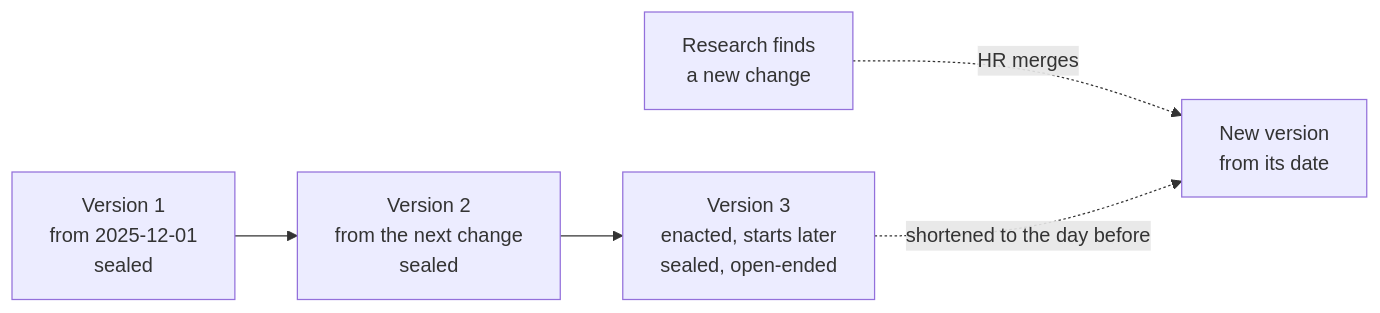
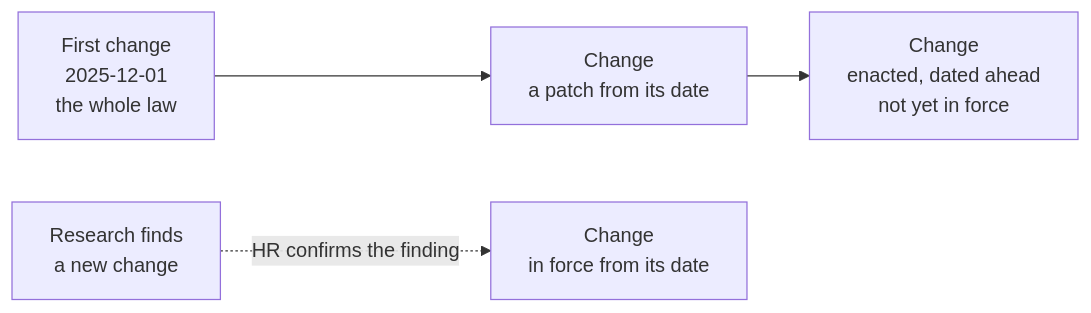
The second of 4 diagrams in hrms/docs/0001-hrms-calculation-architecture.md (norbital-ai/templates), drawn with Mermaid before and after one commit. The commit also changed other lines of this file and 889 other files, not shown here.

First line of the commit message:
HRMS: the law is dated changes, edited in place (RFC 0011 steps 1 and 2); Bolt 0.0.40

````diff
--- a/hrms/docs/0001-hrms-calculation-architecture.md
+++ b/hrms/docs/0001-hrms-calculation-architecture.md
@@ -274,7 +277,6 @@
 ```mermaid
 flowchart LR
-  v1[Version 1<br/>from 2025-12-01<br/>sealed] --> v2[Version 2<br/>from the next change<br/>sealed]
-  v2 --> v3[Version 3<br/>enacted, starts later<br/>sealed, open-ended]
-  research[Research finds<br/>a new change] -. HR merges .-> v4[New version<br/>from its date]
-  v3 -. shortened to the day before .-> v4
+  c1[First change<br/>2025-12-01<br/>the whole law] --> c2[Change<br/>a patch from its date]
+  c2 --> c3[Change<br/>enacted, dated ahead<br/>not yet in force]
+  research[Research finds<br/>a new change] -. HR confirms the finding .-> c4[Change<br/>in force from its date]
 ```
````
